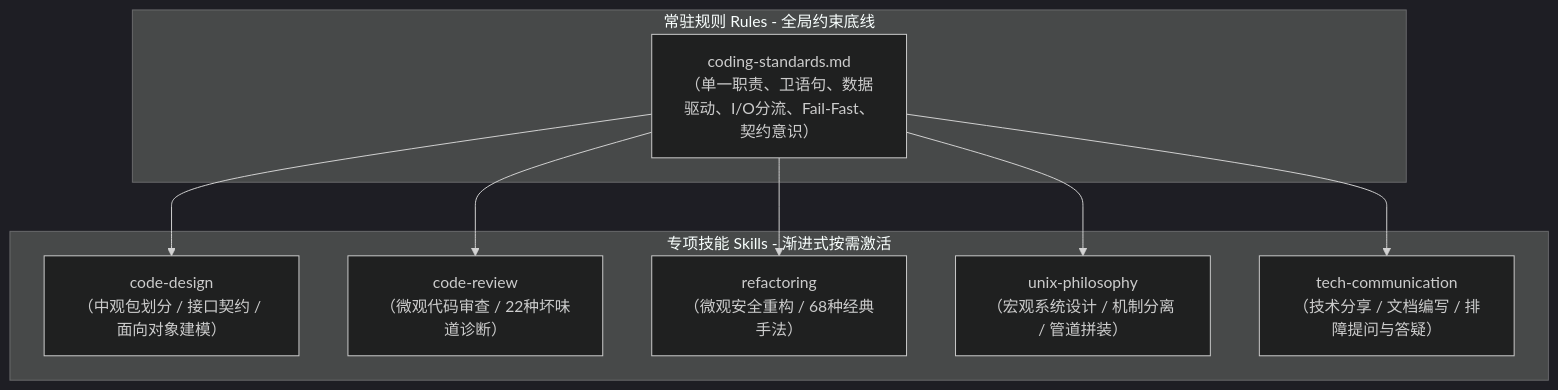
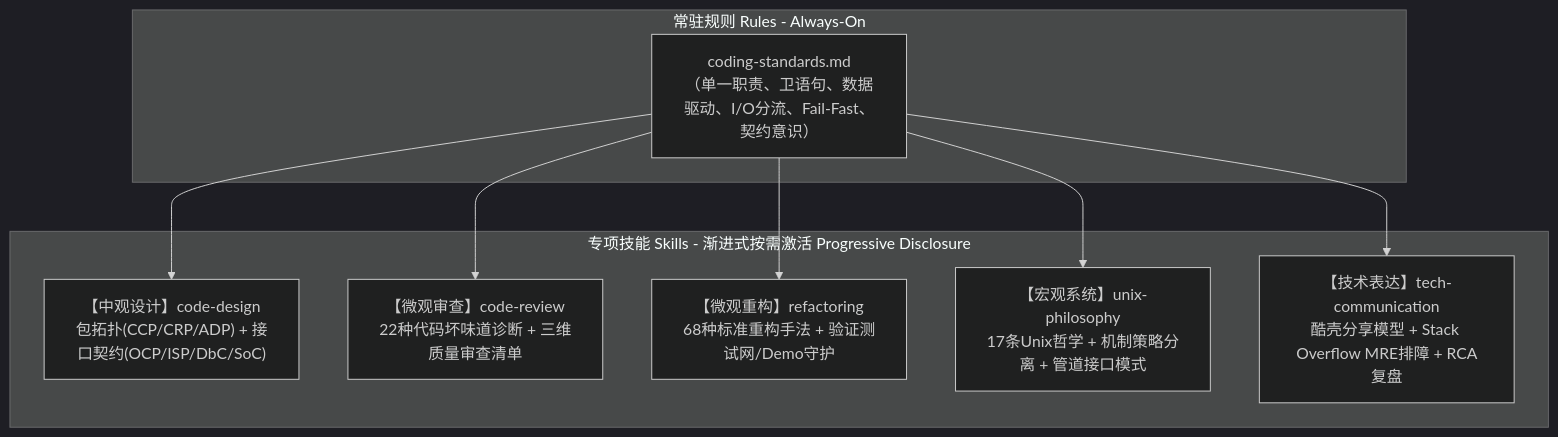
Before and after one commit to lilucpp/code-craft: the diagram in README.md, drawn with Mermaid (dark theme). The commit also changed other lines of this file and 1 other file, not shown here.

Commit message:
docs: rewrite comprehensive bilingual readmes following tech-communication guidelines

````diff
--- a/README.md
+++ b/README.md
@@ -13,20 +27,20 @@
 ```mermaid
 flowchart TD
-    subgraph 底层常驻规则 [常驻规则 Rules - 全局约束底线]
+    subgraph 全局约束底线 [常驻规则 Rules - Always-On]
         R["coding-standards.md<br/>（单一职责、卫语句、数据驱动、I/O分流、Fail-Fast、契约意识）"]
     end
 
-    subgraph 专项技能群 [专项技能 Skills - 渐进式按需激活]
-        S1["code-design<br/>（中观包划分 / 接口契约 / 面向对象建模）"]
-        S2["code-review<br/>（微观代码审查 / 22种坏味道诊断）"]
-        S3["refactoring<br/>（微观安全重构 / 68种经典手法）"]
-        S4["unix-philosophy<br/>（宏观系统设计 / 机制分离 / 管道拼装）"]
-        S5["tech-communication<br/>（技术分享 / 文档编写 / 排障提问与答疑）"]
+    subgraph 专项技能矩阵 [专项技能 Skills - 渐进式按需激活 Progressive Disclosure]
+        S1["【中观设计】code-design<br/>包拓扑(CCP/CRP/ADP) + 接口契约(OCP/ISP/DbC/SoC)"]
+        S2["【微观审查】code-review<br/>22种代码坏味道诊断 + 三维质量审查清单"]
+        S3["【微观重构】refactoring<br/>68种标准重构手法 + 验证测试网/Demo守护"]
+        S4["【宏观系统】unix-philosophy<br/>17条Unix哲学 + 机制策略分离 + 管道接口模式"]
+        S5["【技术表达】tech-communication<br/>酷壳分享模型 + Stack Overflow MRE排障 + RCA复盘"]
     end
 
     R --> S1
     R --> S2
     R --> S3
     R --> S4
     R --> S5
 ```
````
